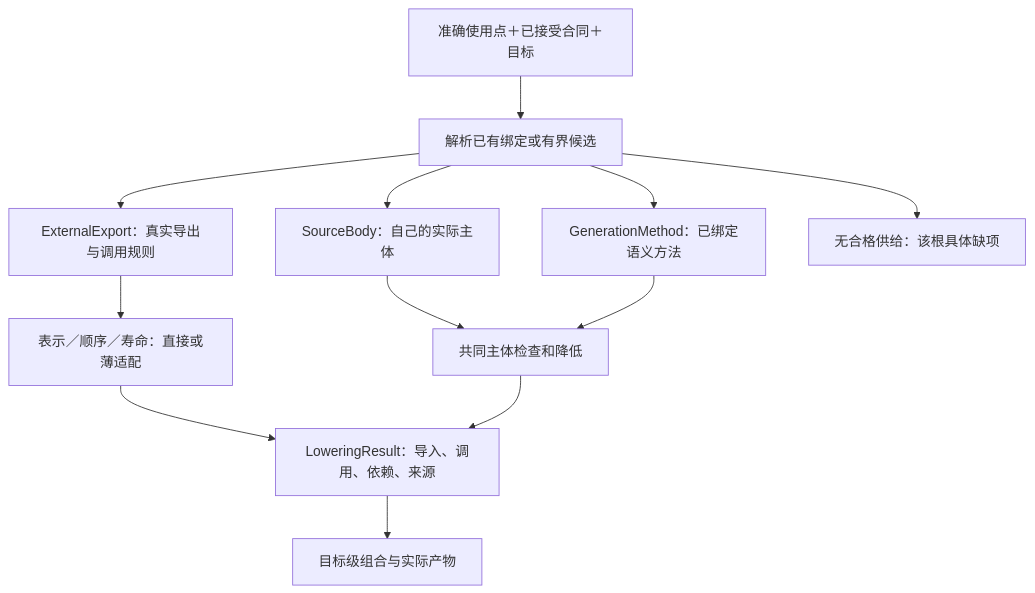
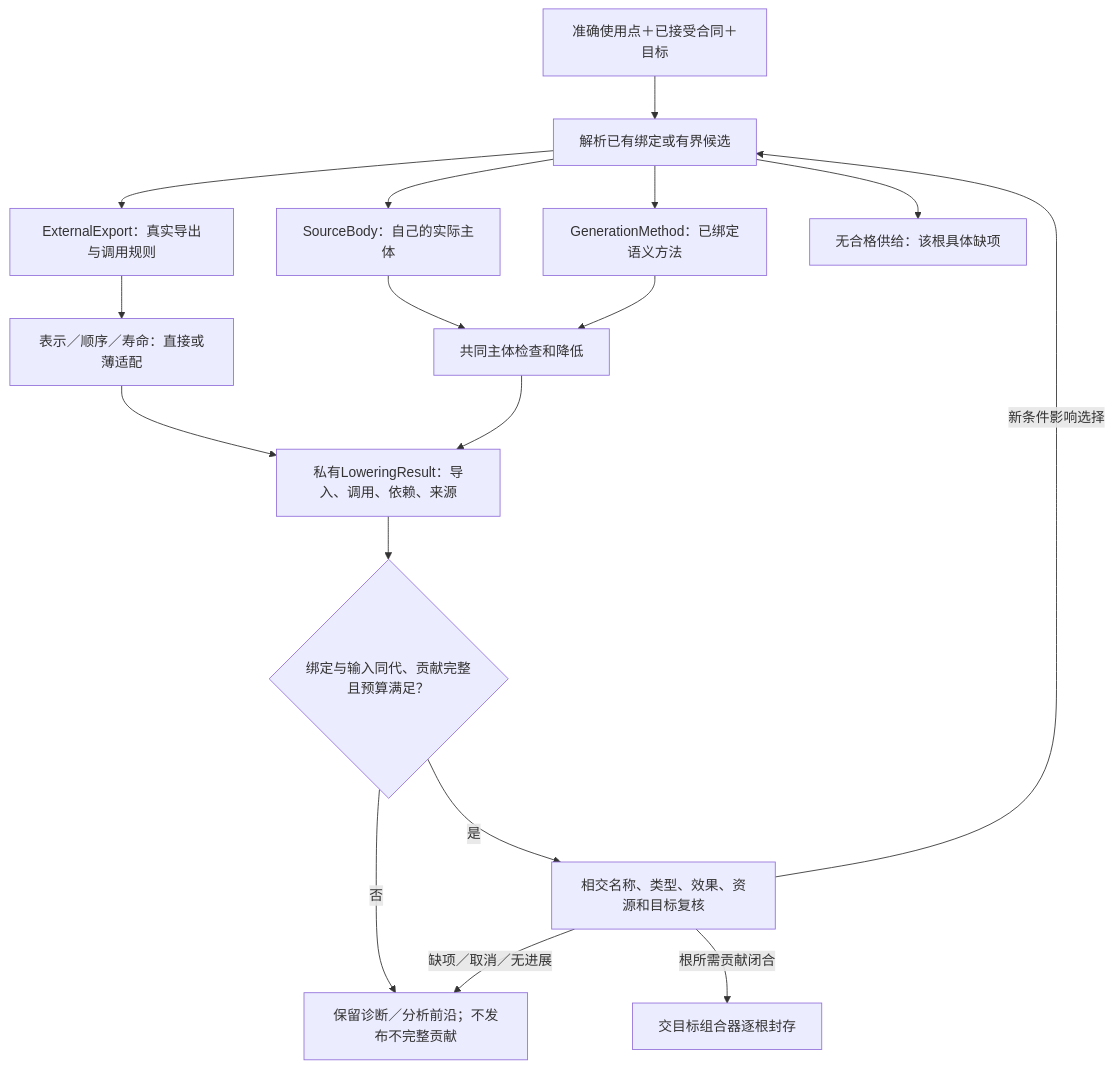
The first of 2 diagrams in docs/编译/内核/编译值服务.md (sec-platform/sec), drawn with Mermaid before and after one commit. The commit also changed other lines of this file and 8 other files, not shown here.

````diff
--- a/docs/编译/内核/编译值服务.md
+++ b/docs/编译/内核/编译值服务.md
@@ -77,14 +77,19 @@
 ```mermaid
 flowchart TB
   Use["准确使用点＋已接受合同＋目标"] --> Resolve["解析已有绑定或有界候选"]
   Resolve --> Native["ExternalExport：真实导出与调用规则"]
   Resolve --> Source["SourceBody：自己的实际主体"]
   Resolve --> Method["GenerationMethod：已绑定语义方法"]
   Resolve --> Missing["无合格供给：该根具体缺项"]
   Native --> Boundary["表示／顺序／寿命：直接或薄适配"]
   Source --> Check["共同主体检查和降低"]
   Method --> Check
-  Boundary --> Part["LoweringResult：导入、调用、依赖、来源"]
+  Boundary --> Part["私有LoweringResult：导入、调用、依赖、来源"]
   Check --> Part
-  Part --> Compose["目标级组合与实际产物"]
+  Part --> Admit{"绑定与输入同代、贡献完整且预算满足？"}
+  Admit -->|否| Stop["保留诊断／分析前沿；不发布不完整贡献"]
+  Admit -->|是| Recheck["相交名称、类型、效果、资源和目标复核"]
+  Recheck -->|新条件影响选择| Resolve
+  Recheck -->|缺项／取消／无进展| Stop
+  Recheck -->|根所需贡献闭合| Compose["交目标组合器逐根封存"]
 ```
````
